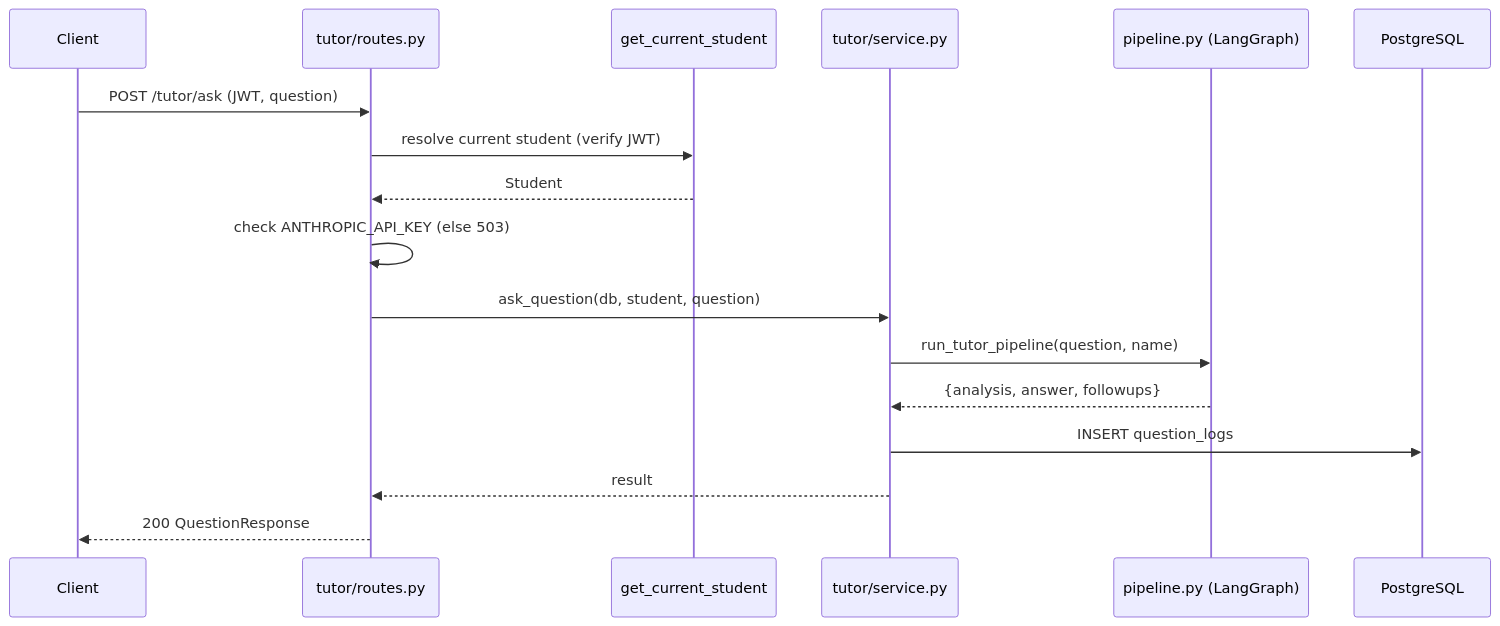
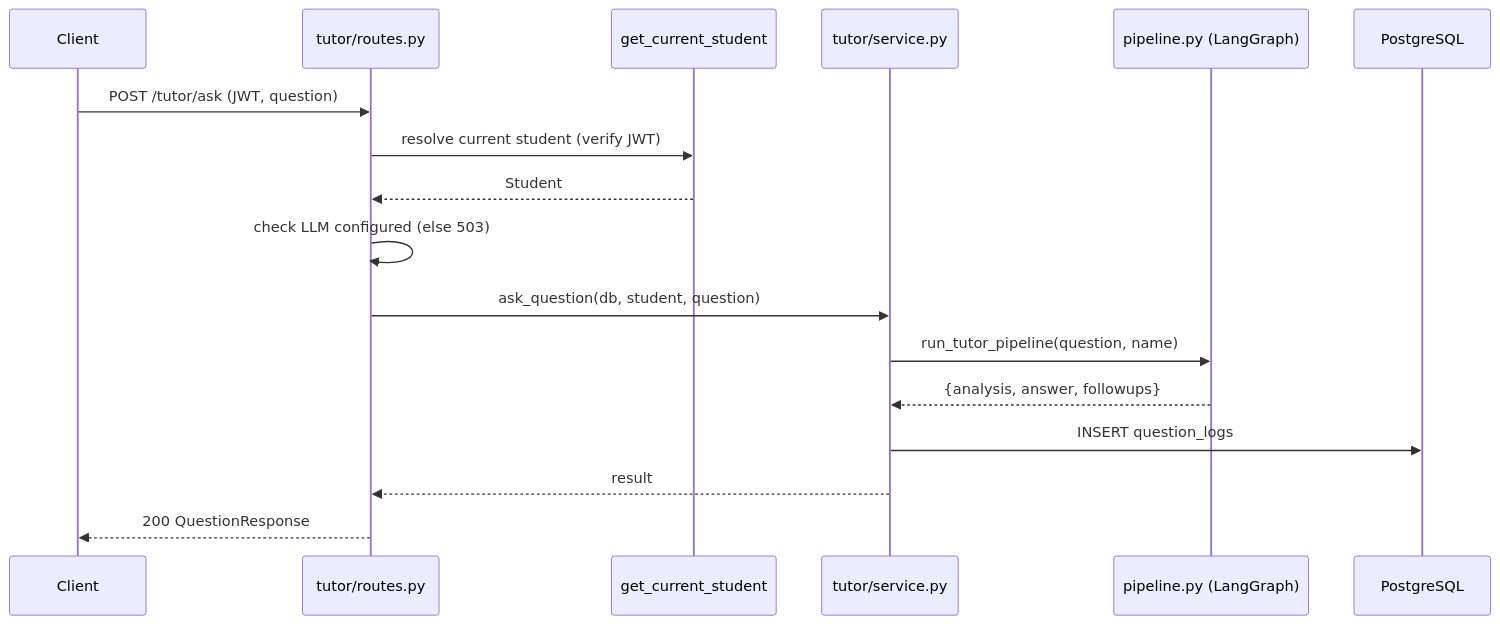
The second of 3 diagrams in backend/architecture/DIAGRAM.md (syamdumpala/Adapative_ai_tutor), drawn with Mermaid before and after one commit. The commit also changed other lines of this file and 32 other files, not shown here.

Commit message:
feat: integrated the anthropic subscription key

````diff
--- a/backend/architecture/DIAGRAM.md
+++ b/backend/architecture/DIAGRAM.md
@@ -36,20 +37,20 @@
 ```mermaid
 sequenceDiagram
     participant C as Client
     participant R as tutor/routes.py
     participant D as get_current_student
     participant S as tutor/service.py
     participant P as pipeline.py (LangGraph)
     participant DB as PostgreSQL
 
     C->>R: POST /tutor/ask (JWT, question)
     R->>D: resolve current student (verify JWT)
     D-->>R: Student
-    R->>R: check ANTHROPIC_API_KEY (else 503)
+    R->>R: check LLM configured (else 503)
     R->>S: ask_question(db, student, question)
     S->>P: run_tutor_pipeline(question, name)
     P-->>S: {analysis, answer, followups}
     S->>DB: INSERT question_logs
     S-->>R: result
     R-->>C: 200 QuestionResponse
 ```
````
